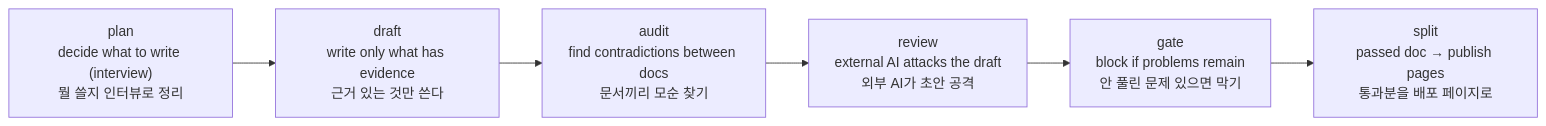
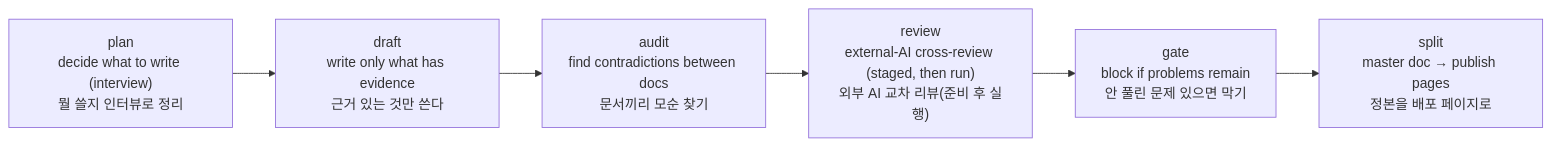
Before and after one commit to kaidomo/docloop: the diagram in README.md, drawn with Mermaid. The commit also changed other lines of this file, not shown here.

````diff
--- a/README.md
+++ b/README.md
@@ -89,8 +95,8 @@
 ```mermaid
 flowchart LR
   P["plan<br/>decide what to write (interview)<br/>뭘 쓸지 인터뷰로 정리"] --> D["draft<br/>write only what has evidence<br/>근거 있는 것만 쓴다"]
   D --> A["audit<br/>find contradictions between docs<br/>문서끼리 모순 찾기"]
-  A --> R["review<br/>external AI attacks the draft<br/>외부 AI가 초안 공격"]
+  A --> R["review<br/>external-AI cross-review (staged, then run)<br/>외부 AI 교차 리뷰(준비 후 실행)"]
   R --> G["gate<br/>block if problems remain<br/>안 풀린 문제 있으면 막기"]
-  G --> S["split<br/>passed doc → publish pages<br/>통과분을 배포 페이지로"]
+  G --> S["split<br/>master doc → publish pages<br/>정본을 배포 페이지로"]
 ```
````
